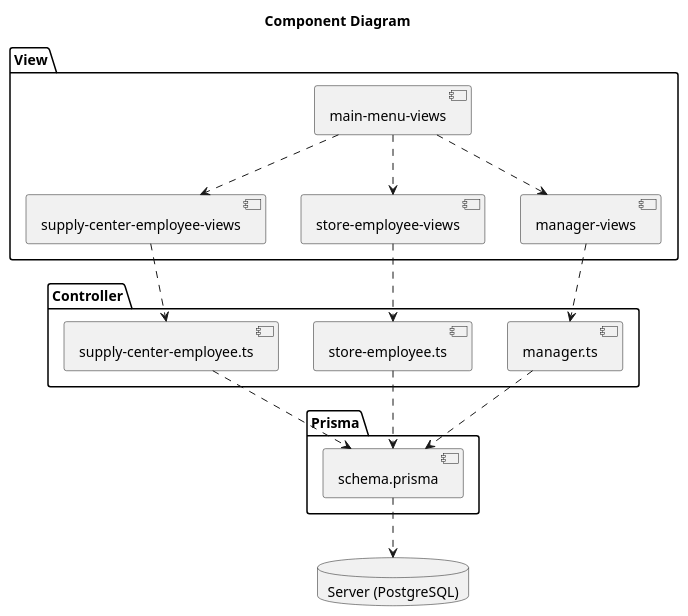
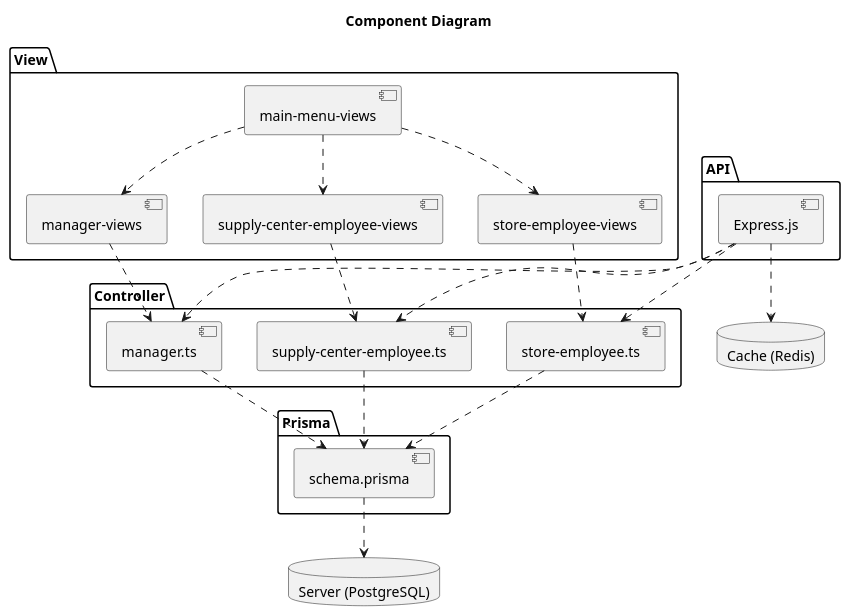
The diagram in docs/UML/component.puml (ThePhobosDeimosSuite/laboratoire-0_log430), drawn with PlantUML before and after one commit. The commit also changed 6 other files, not shown here.

```diff
--- a/docs/UML/component.puml
+++ b/docs/UML/component.puml
@@ -1,34 +1,45 @@
 @startuml component
 title Component Diagram
 package "Controller" {
     component "manager.ts" as manager
     component "store-employee.ts" as storeEmployee
     component "supply-center-employee.ts" as supplyCenterEmployee
 }
 
 package "View" {
     component "manager-views" as managerView
     component "store-employee-views" as storeEmployeeView
     component "supply-center-employee-views" as supplyCenterEmployeeView
     component "main-menu-views" as mainMenuView
 }
 
+package API {
+    component "Express.js" as express
+}
+
 package "Prisma" {
     component schema.prisma
 }
 
 database "Server (PostgreSQL)" as Server
+database "Cache (Redis)" as Cache
 
 schema.prisma ..> Server
+
+express ..> storeEmployee
+express ..> supplyCenterEmployee
+express ..> manager
+
+express ..> Cache
 
 supplyCenterEmployeeView ..> supplyCenterEmployee
 managerView ..> manager
 storeEmployeeView ..> storeEmployee
 storeEmployee ..> schema.prisma
 manager ..> schema.prisma
 supplyCenterEmployee ..> schema.prisma
 mainMenuView ..> storeEmployeeView
 mainMenuView ..> managerView
 mainMenuView ..> supplyCenterEmployeeView
 
 @enduml
```
